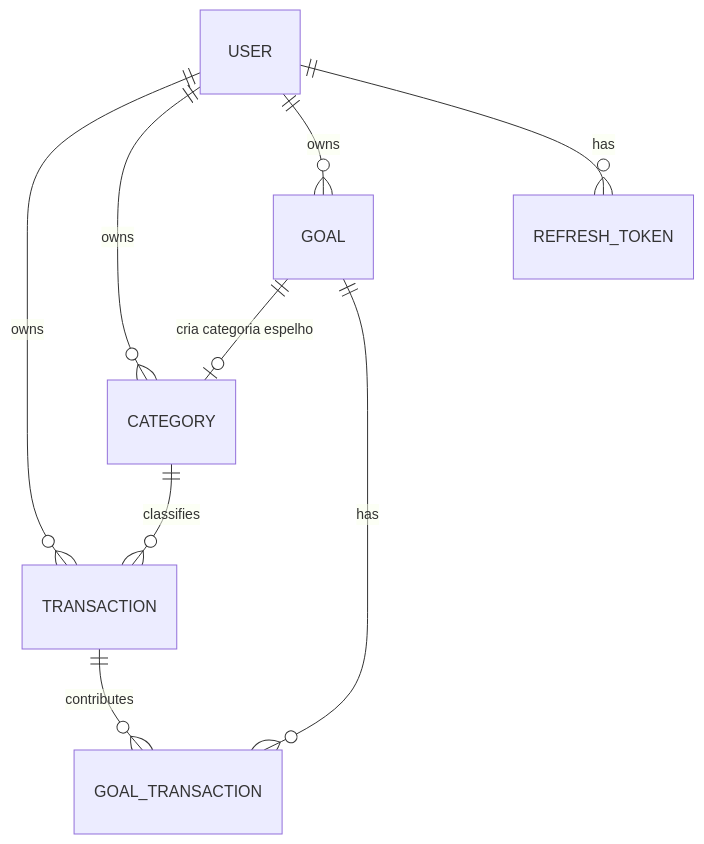
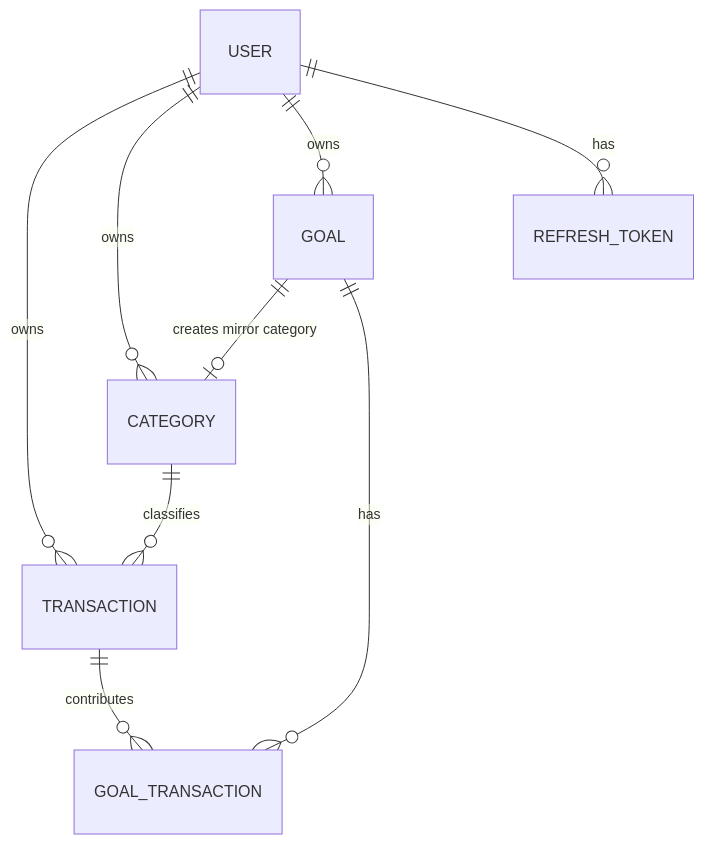
The diagram in README.md (biduzilla/minhas_financas), drawn with Mermaid before and after one commit. The commit also changed other lines of this file and 1 other file, not shown here.

````diff
--- a/README.md
+++ b/README.md
@@ -227,11 +227,11 @@
 ```mermaid
 erDiagram
     USER ||--o{ TRANSACTION : owns
     USER ||--o{ CATEGORY : owns
     USER ||--o{ GOAL : owns
     USER ||--o{ REFRESH_TOKEN : has
     CATEGORY ||--o{ TRANSACTION : classifies
-    GOAL ||--o| CATEGORY : "cria categoria espelho"
+    GOAL ||--o| CATEGORY : "creates mirror category"
     GOAL ||--o{ GOAL_TRANSACTION : has
     TRANSACTION ||--o{ GOAL_TRANSACTION : contributes
 ```
````
